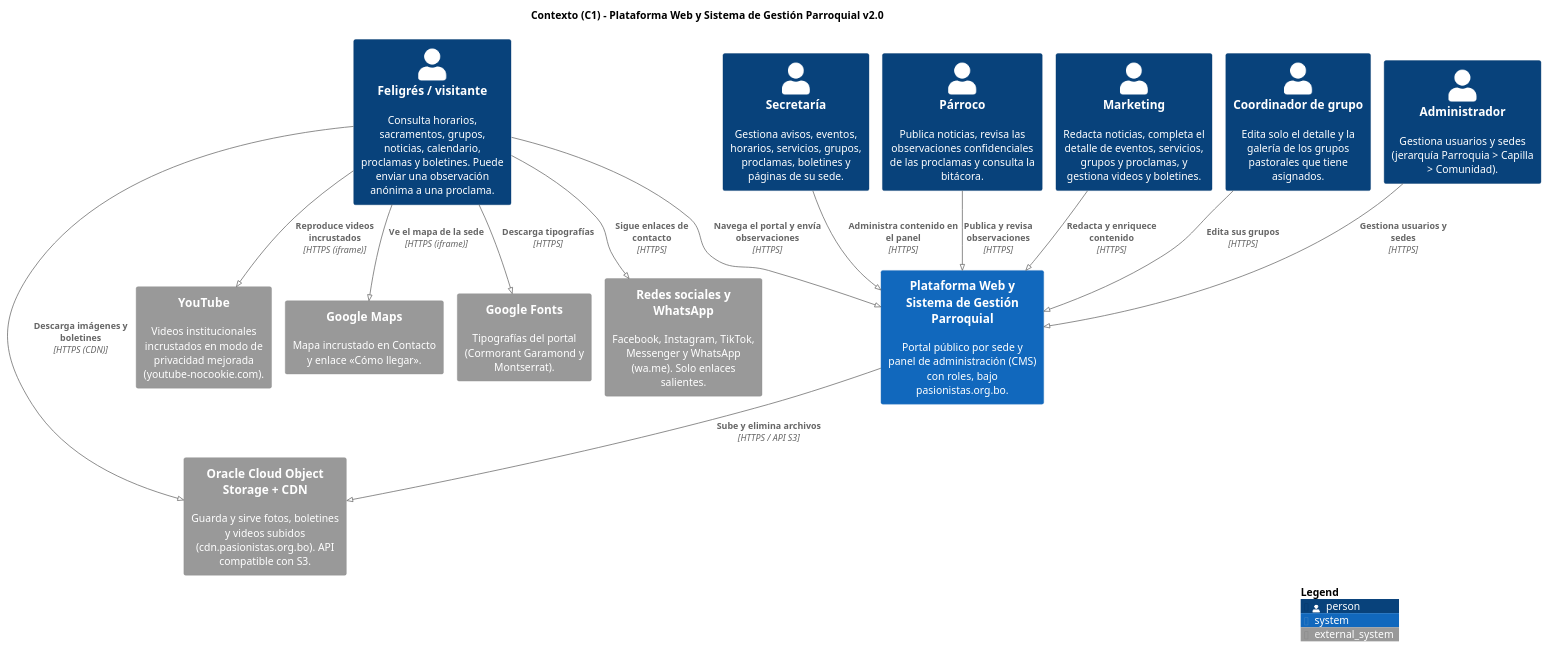
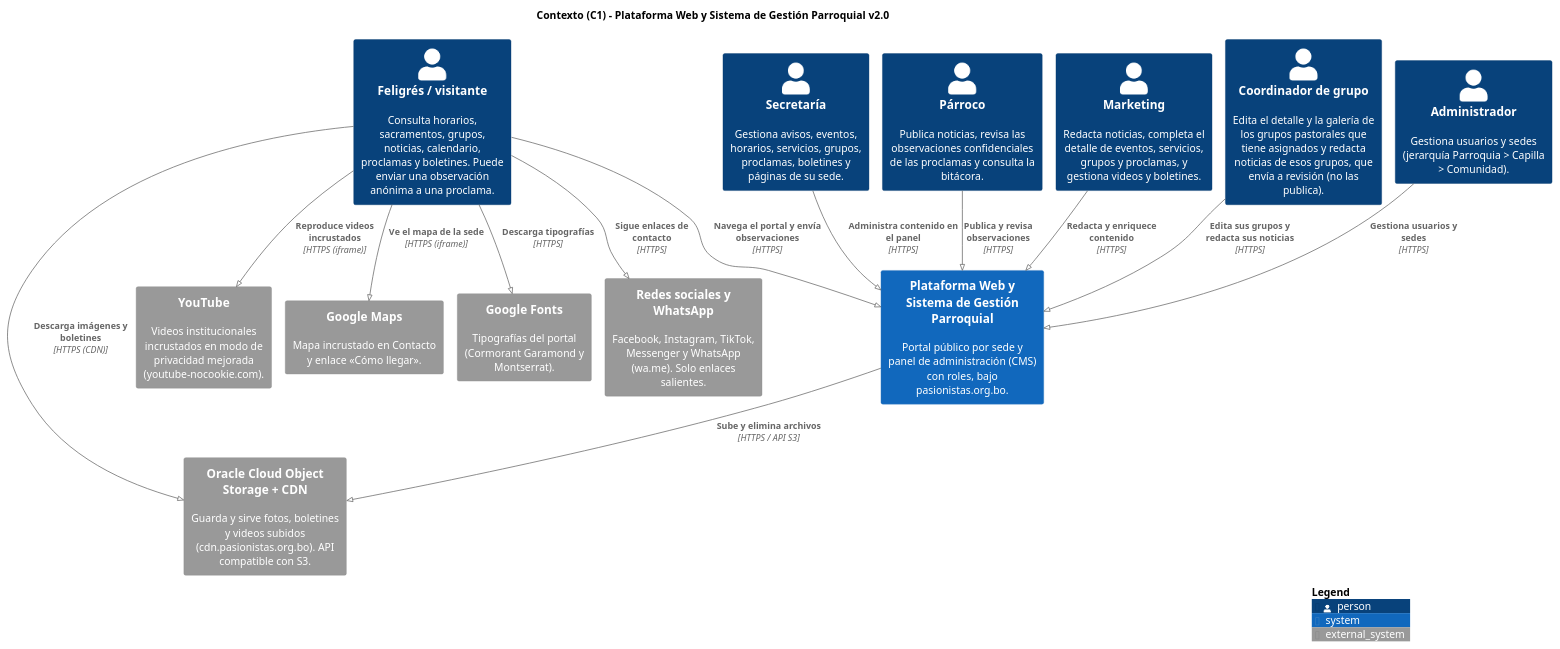
One commit to mauriloopezb17/IngeSoftware changed the diagram in modelos/c4/v2/C1-contexto.puml. Above: the diagram before and after it, drawn with PlantUML. The commit also changed 6 other files, not shown here.

Commit message:
[docs] actualizar el rol coordinador en el C4 v2 tras el permiso de noticias

```diff
--- a/modelos/c4/v2/C1-contexto.puml
+++ b/modelos/c4/v2/C1-contexto.puml
@@ -1,42 +1,42 @@
 @startuml C1-contexto
 ' Modelo C4 v2 - Nivel 1: diagrama de contexto del sistema implementado (v2.0).
 ' Fuente: código del repositorio (frontend/src, backend/src, docker-compose.yml, .github/workflows/ci.yml).
 ' Exportar: java -jar plantuml.jar -tpng C1-contexto.puml
 !pragma layout smetana
 !include <C4/C4_Context>
 
 LAYOUT_WITH_LEGEND()
 
 title Contexto (C1) - Plataforma Web y Sistema de Gestión Parroquial v2.0
 
 Person(feligres, "Feligrés / visitante", "Consulta horarios, sacramentos, grupos, noticias, calendario, proclamas y boletines. Puede enviar una observación anónima a una proclama.")
 Person(secretaria, "Secretaría", "Gestiona avisos, eventos, horarios, servicios, grupos, proclamas, boletines y páginas de su sede.")
 Person(parroco, "Párroco", "Publica noticias, revisa las observaciones confidenciales de las proclamas y consulta la bitácora.")
 Person(marketing, "Marketing", "Redacta noticias, completa el detalle de eventos, servicios, grupos y proclamas, y gestiona videos y boletines.")
-Person(coordinador, "Coordinador de grupo", "Edita solo el detalle y la galería de los grupos pastorales que tiene asignados.")
+Person(coordinador, "Coordinador de grupo", "Edita el detalle y la galería de los grupos pastorales que tiene asignados y redacta noticias de esos grupos, que envía a revisión (no las publica).")
 Person(administrador, "Administrador", "Gestiona usuarios y sedes (jerarquía Parroquia > Capilla > Comunidad).")
 
 System(plataforma, "Plataforma Web y Sistema de Gestión Parroquial", "Portal público por sede y panel de administración (CMS) con roles, bajo pasionistas.org.bo.")
 
 System_Ext(oci, "Oracle Cloud Object Storage + CDN", "Guarda y sirve fotos, boletines y videos subidos (cdn.pasionistas.org.bo). API compatible con S3.")
 System_Ext(youtube, "YouTube", "Videos institucionales incrustados en modo de privacidad mejorada (youtube-nocookie.com).")
 System_Ext(maps, "Google Maps", "Mapa incrustado en Contacto y enlace «Cómo llegar».")
 System_Ext(fonts, "Google Fonts", "Tipografías del portal (Cormorant Garamond y Montserrat).")
 System_Ext(redes, "Redes sociales y WhatsApp", "Facebook, Instagram, TikTok, Messenger y WhatsApp (wa.me). Solo enlaces salientes.")
 
 Rel(feligres, plataforma, "Navega el portal y envía observaciones", "HTTPS")
 Rel(secretaria, plataforma, "Administra contenido en el panel", "HTTPS")
 Rel(parroco, plataforma, "Publica y revisa observaciones", "HTTPS")
 Rel(marketing, plataforma, "Redacta y enriquece contenido", "HTTPS")
-Rel(coordinador, plataforma, "Edita sus grupos", "HTTPS")
+Rel(coordinador, plataforma, "Edita sus grupos y redacta sus noticias", "HTTPS")
 Rel(administrador, plataforma, "Gestiona usuarios y sedes", "HTTPS")
 
 Rel(plataforma, oci, "Sube y elimina archivos", "HTTPS / API S3")
 Rel(feligres, oci, "Descarga imágenes y boletines", "HTTPS (CDN)")
 Rel(feligres, youtube, "Reproduce videos incrustados", "HTTPS (iframe)")
 Rel(feligres, maps, "Ve el mapa de la sede", "HTTPS (iframe)")
 Rel(feligres, fonts, "Descarga tipografías", "HTTPS")
 Rel(feligres, redes, "Sigue enlaces de contacto", "HTTPS")
 
 SHOW_LEGEND()
 @enduml
```
